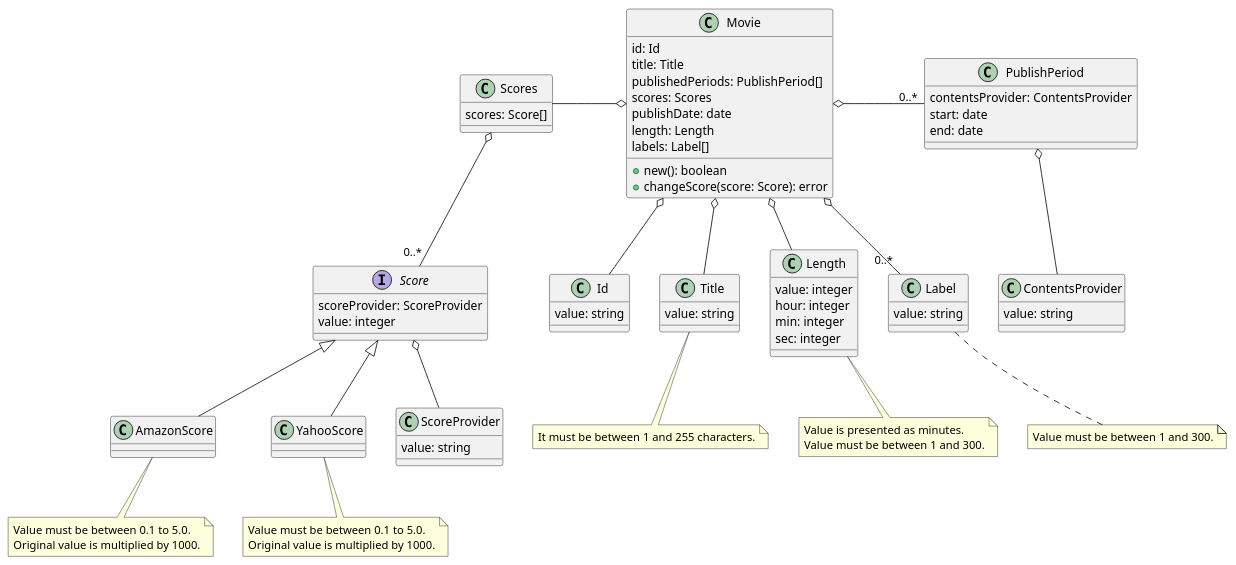
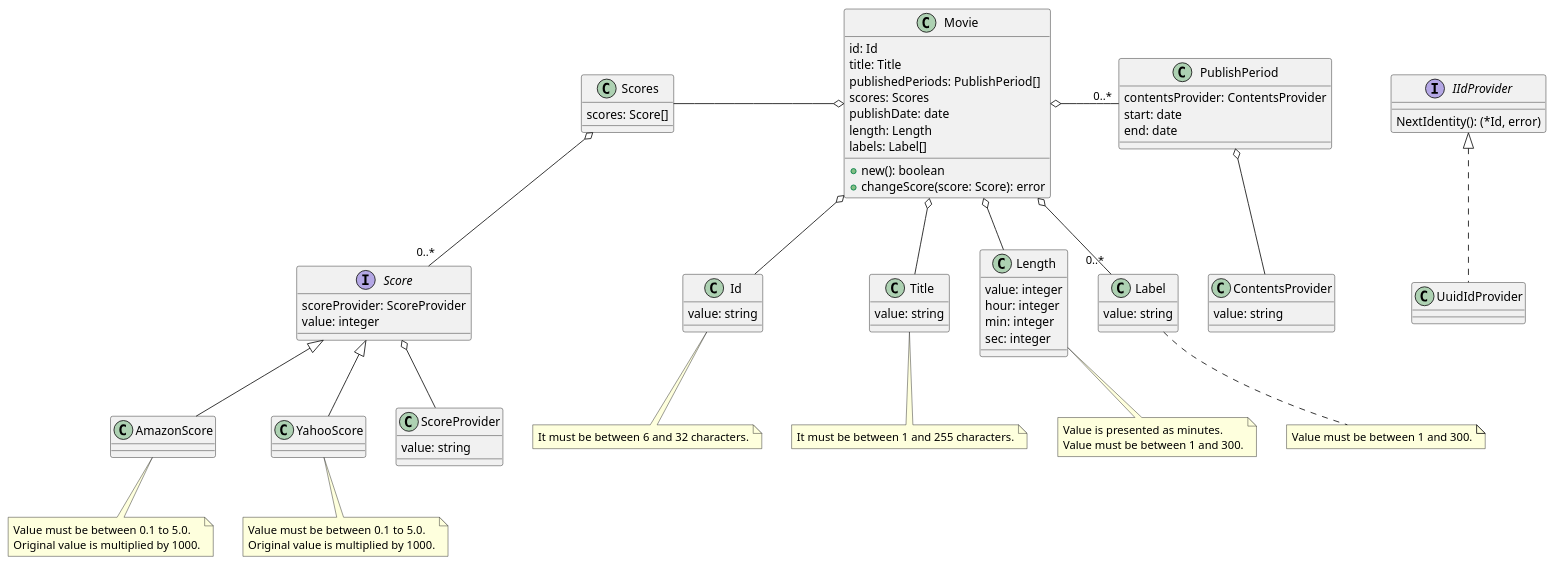
The diagram in doc/movie.pu (makocchi-git/ddd-guys), drawn with PlantUML before and after one commit. The commit also changed 6 other files, not shown here.

```diff
--- a/doc/movie.pu
+++ b/doc/movie.pu
@@ -1,99 +1,111 @@
 @startuml
 
 class Movie {
     id: Id
     title: Title
     publishedPeriods: PublishPeriod[]
     scores: Scores
     publishDate: date
     length: Length
     labels: Label[]
 
     +new(): boolean
     +changeScore(score: Score): error
 }
 
 class Scores {
     scores: Score[]
 }
 
 class Id {
     value: string
 }
+
+note bottom of Id
+    It must be between 6 and 32 characters.
+end note
 
 class Title {
     value: string
 }
 
 note bottom of Title
     It must be between 1 and 255 characters.
 end note
 
 class Length {
     value: integer
     hour: integer
     min: integer
     sec: integer
 }
 
 note bottom of Length
     Value is presented as minutes.
     Value must be between 1 and 300.
 end note
 
 class Label {
     value: string
 }
 
 note bottom of Label
     Value must be between 1 and 300.
 end note
 
 class PublishPeriod {
     contentsProvider: ContentsProvider
     start: date
     end: date
 }
 
 class ContentsProvider {
     value: string
 }
 
 interface Score {
     scoreProvider: ScoreProvider
     value: integer
 }
 
 class AmazonScore {
 }
 
 note bottom of AmazonScore
     Value must be between 0.1 to 5.0.
     Original value is multiplied by 1000.
 end note
 
 class YahooScore {
 }
 
 note bottom of YahooScore
     Value must be between 0.1 to 5.0.
     Original value is multiplied by 1000.
 end note
 
 class ScoreProvider {
     value: string
 }
 
+interface IIdProvider {
+    NextIdentity(): (*Id, error)
+}
+
+class UuidIdProvider {
+}
+
 Movie o-- Id
 Movie o-- Title
 Movie o-- Length
 Movie o-right- "0..*" PublishPeriod
 Movie o-- "0..*" Label
 Movie o-left- Scores
 Scores o-- "0..*" Score
 Score o-- ScoreProvider
 Score <|-- AmazonScore
 Score <|-- YahooScore
 PublishPeriod o-- ContentsProvider
+IIdProvider <|.. UuidIdProvider
 
 @enduml
```
